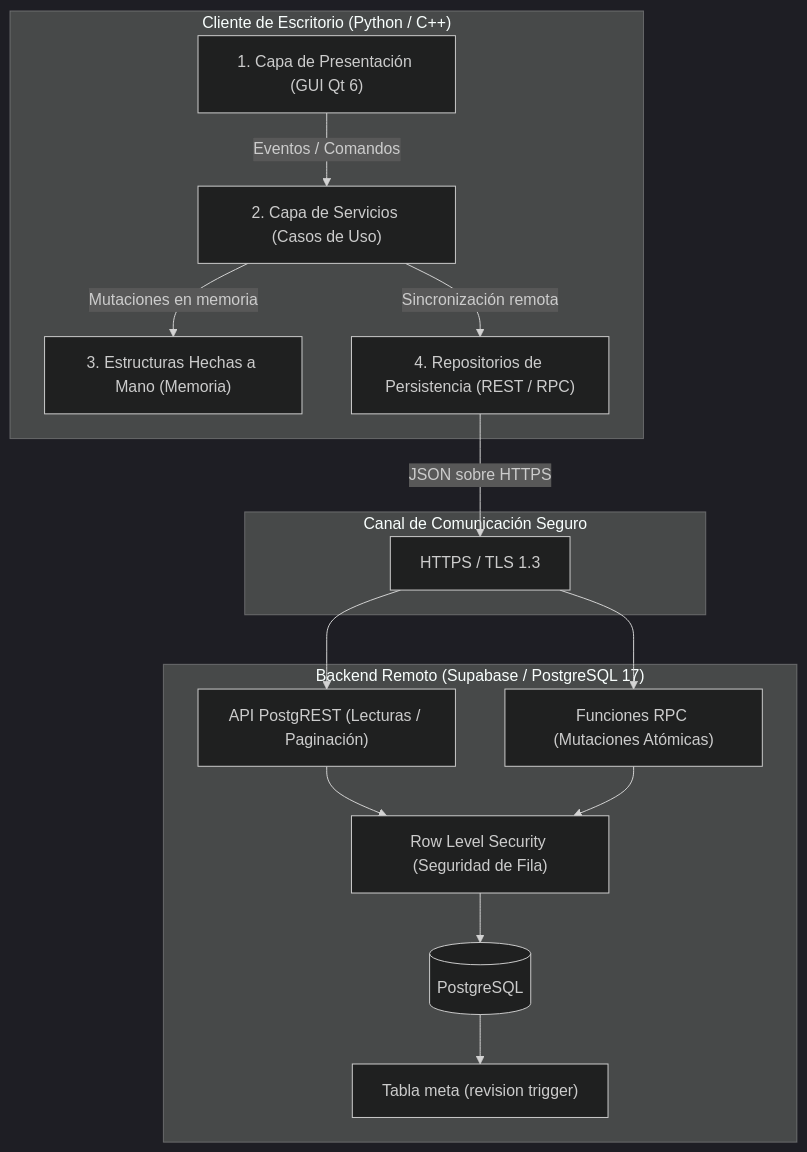
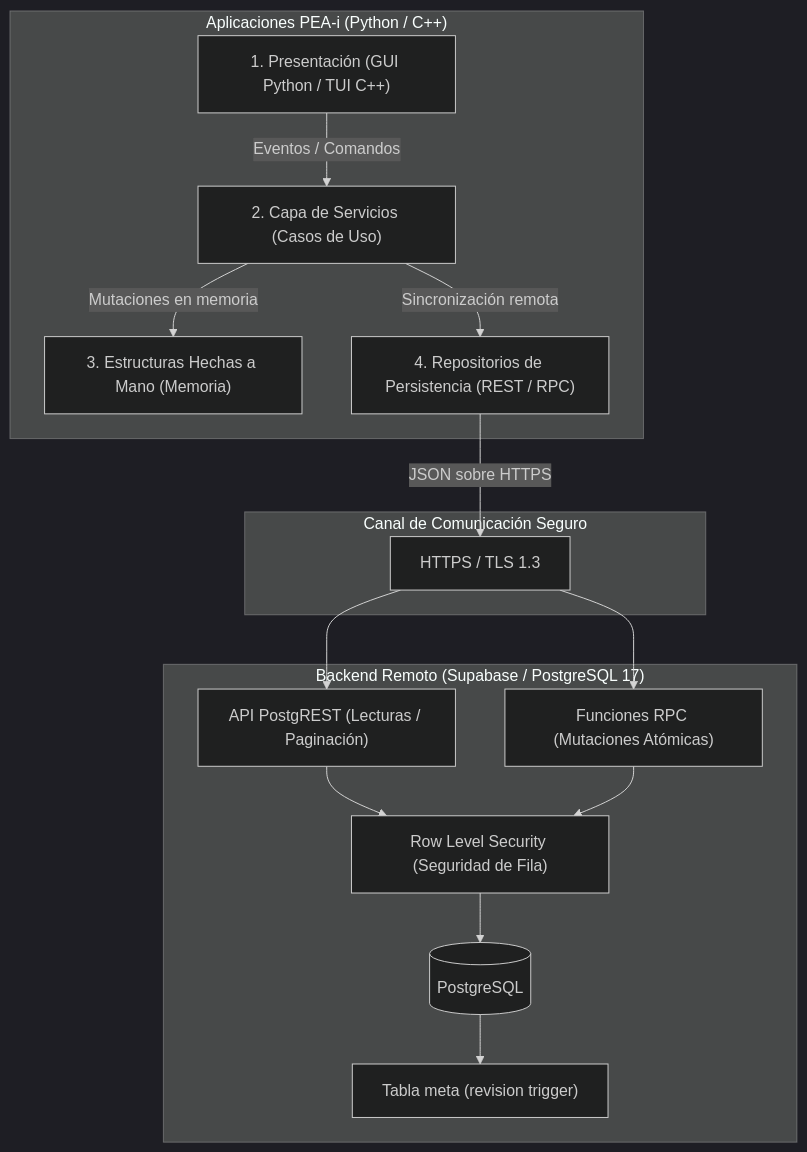
The first of 2 diagrams in brain/20-Diseno/Arquitectura.md (fran3004/PEAi-Taller2), drawn with Mermaid (dark theme) before and after one commit. The commit also changed other lines of this file and 35 other files, not shown here.

````diff
--- a/brain/20-Diseno/Arquitectura.md
+++ b/brain/20-Diseno/Arquitectura.md
@@ -30,32 +30,32 @@
 ```mermaid
 graph TD
-    subgraph Cliente ["Cliente de Escritorio (Python / C++)"]
-        GUI["1. Capa de Presentación (GUI Qt 6)"]
+    subgraph Cliente ["Aplicaciones PEA-i (Python / C++)"]
+        GUI["1. Presentación (GUI Python / TUI C++)"]
         Servicios["2. Capa de Servicios (Casos de Uso)"]
         Estructuras["3. Estructuras Hechas a Mano (Memoria)"]
         Repositorios["4. Repositorios de Persistencia (REST / RPC)"]
     end
 
     subgraph Red ["Canal de Comunicación Seguro"]
         HTTPS["HTTPS / TLS 1.3"]
     end
 
     subgraph Backend ["Backend Remoto (Supabase / PostgreSQL 17)"]
         PostgREST["API PostgREST (Lecturas / Paginación)"]
         RPC["Funciones RPC (Mutaciones Atómicas)"]
         RLS["Row Level Security (Seguridad de Fila)"]
         DB[("PostgreSQL")]
         Meta["Tabla meta (revision trigger)"]
     end
 
     GUI -->|Eventos / Comandos| Servicios
     Servicios -->|Mutaciones en memoria| Estructuras
     Servicios -->|Sincronización remota| Repositorios
     Repositorios -->|JSON sobre HTTPS| HTTPS
     HTTPS --> PostgREST
     HTTPS --> RPC
     PostgREST --> RLS
     RPC --> RLS
     RLS --> DB
     DB --> Meta
 ```
````
